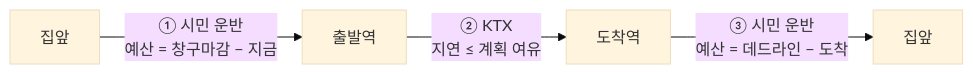
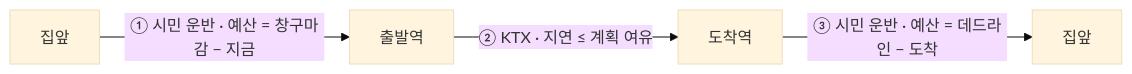
The second of 3 diagrams in README.md (Patrick-SCH03/MOVE-AI-CHALLENGE-2026), drawn with Mermaid (base theme) before and after one commit. The commit also changed other lines of this file, not shown here.

First line of the commit message:
fix(docs): 다이어그램 노드 라벨 줄바꿈 정리 — 한 줄 라벨로

````diff
--- a/README.md
+++ b/README.md
@@ -108,6 +108,6 @@
 ```mermaid
 flowchart LR
-    A["집앞"] -->|"① 시민 운반<br/>예산 = 창구마감 − 지금"| D1["출발역"]
-    D1 -->|"② KTX<br/>지연 ≤ 계획 여유"| D2["도착역"]
-    D2 -->|"③ 시민 운반<br/>예산 = 데드라인 − 도착"| Z["집앞"]
+    A["집앞"] -->|"① 시민 운반 · 예산 = 창구마감 − 지금"| D1["출발역"]
+    D1 -->|"② KTX · 지연 ≤ 계획 여유"| D2["도착역"]
+    D2 -->|"③ 시민 운반 · 예산 = 데드라인 − 도착"| Z["집앞"]
 ```
````
